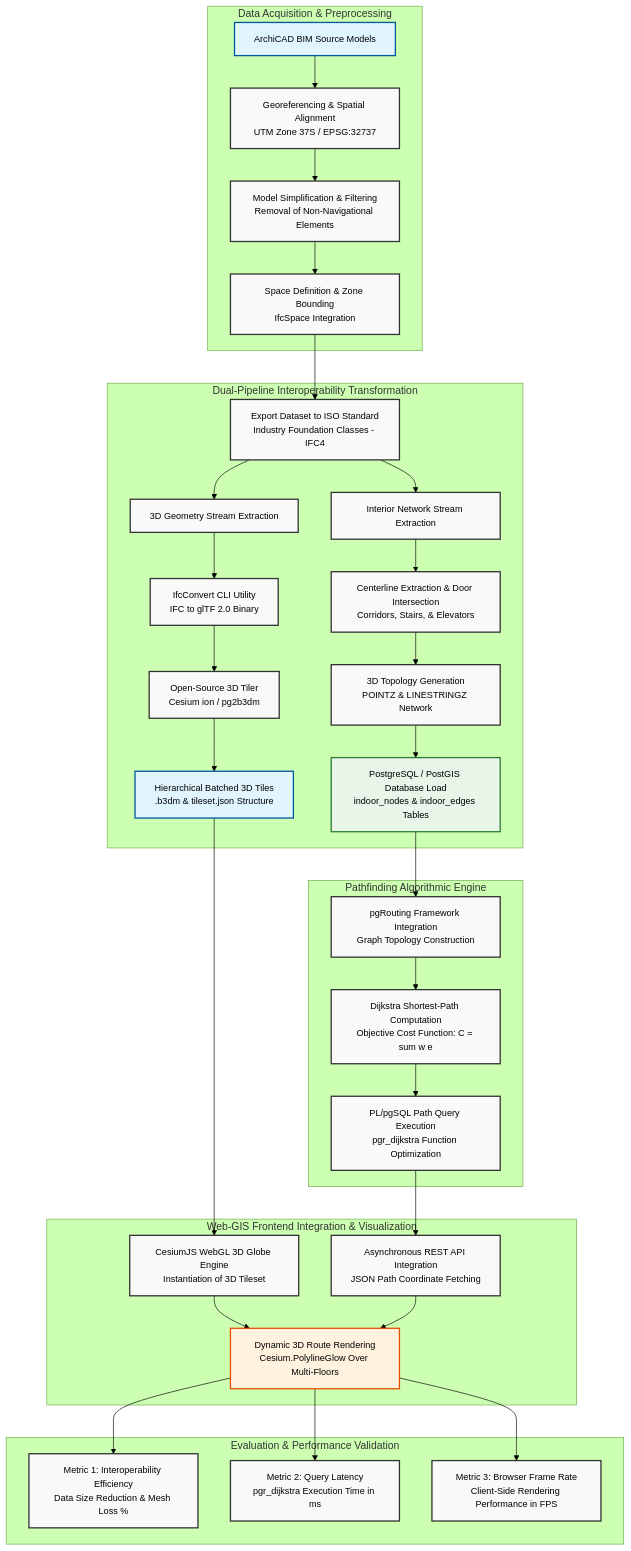
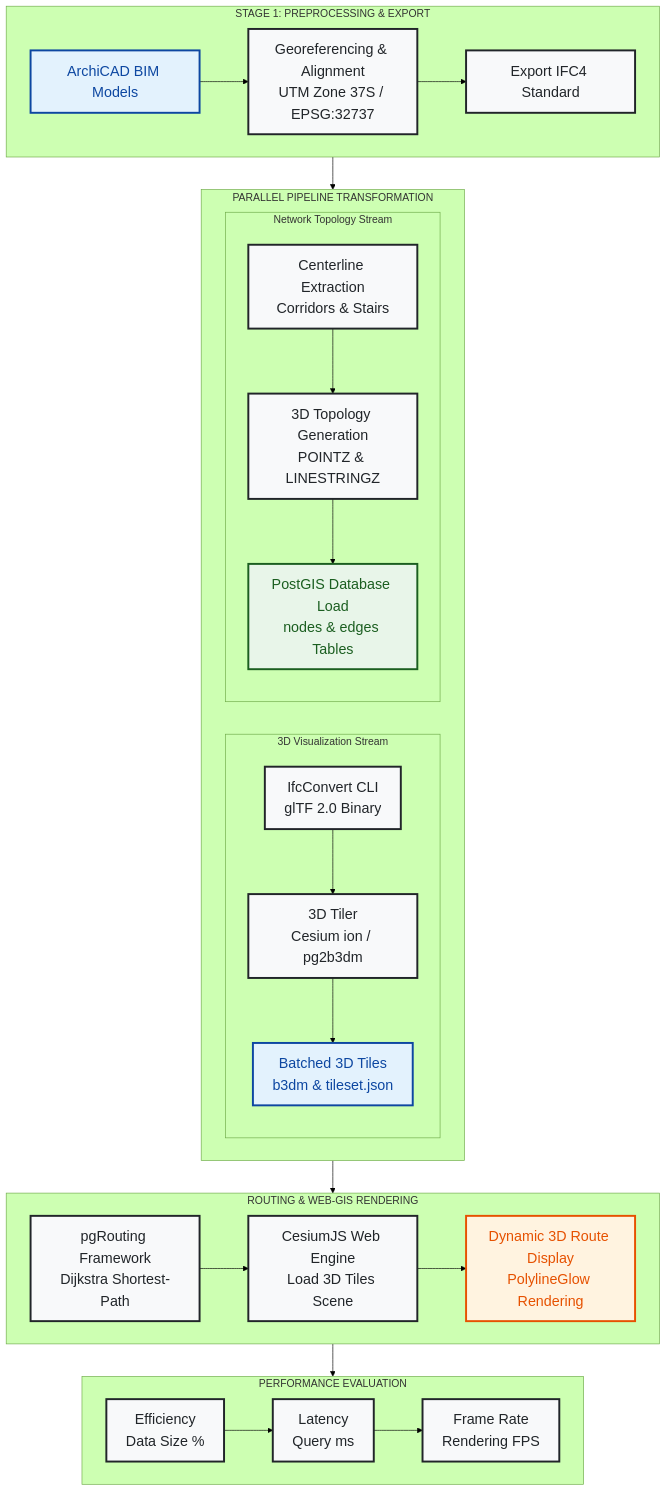
Before and after one commit to Daniell22-dot/Dijkstra-s-Algorithm: the diagram in flowchart.mermaid, drawn with Mermaid (forest theme). The commit also changed 1 other file, not shown here.

```diff
--- a/flowchart.mermaid
+++ b/flowchart.mermaid
@@ -1,46 +1,46 @@
 graph TD
-    classDef process fill:#f9f9f9,stroke:#333,stroke-width:2px,font-family:Arial,font-size:14px;
-    classDef data fill:#e1f5fe,stroke:#01579b,stroke-width:2px,font-family:Arial,font-size:14px;
-    classDef db fill:#e8f5e9,stroke:#2e7d32,stroke-width:2px,font-family:Arial,font-size:14px;
-    classDef output fill:#fff3e0,stroke:#e65100,stroke-width:2px,font-family:Arial,font-size:14px;
-
-    subgraph PHASE_1 [Data Acquisition & Preprocessing]
-        A1[ArchiCAD BIM Source Models]:::data --> A2[Georeferencing & Spatial Alignment<br/>UTM Zone 37S / EPSG:32737]:::process
-        A2 --> A3[Model Simplification & Filtering<br/>Removal of Non-Navigational Elements]:::process
-        A3 --> A4[Space Definition & Zone Bounding<br/>IfcSpace Integration]:::process
+    %% Configured for a balanced, compact grid (square footprint) with large bold text and heavy borders
+    classDef process fill:#f8f9fa,stroke:#212529,stroke-width:3px,font-family:Arial,font-size:22px,color:#212529;
+    classDef data fill:#e3f2fd,stroke:#0d47a1,stroke-width:3px,font-family:Arial,font-size:22px,color:#0d47a1;
+    classDef db fill:#e8f5e9,stroke:#1b5e20,stroke-width:3px,font-family:Arial,font-size:22px,color:#1b5e20;
+    classDef output fill:#fff3e0,stroke:#e65100,stroke-width:3px,font-family:Arial,font-size:22px,color:#e65100;
+    
+    subgraph ROW_1 ["STAGE 1: PREPROCESSING & EXPORT"]
+        direction LR
+        A1["ArchiCAD BIM Models"]:::data --> A2["Georeferencing & Alignment<br/>UTM Zone 37S / EPSG:32737"]:::process
+        A2 --> A3["Export IFC4 Standard"]:::process
     end
 
-    subgraph PHASE_2 [Dual-Pipeline Interoperability Transformation]
-        A4 --> B1[Export Dataset to ISO Standard<br/>Industry Foundation Classes - IFC4]:::process
+    ROW_1 --> ROW_2
+
+    subgraph ROW_2 ["PARALLEL PIPELINE TRANSFORMATION"]
+        direction LR
         
-        %% Stream 1: Visualization Pipeline
-        B1 --> C1[3D Geometry Stream Extraction]:::process
-        C1 --> C2[IfcConvert CLI Utility<br/>IFC to glTF 2.0 Binary]:::process
-        C2 --> C3[Open-Source 3D Tiler<br/>Cesium ion / pg2b3dm]:::process
-        C3 --> C4[Hierarchical Batched 3D Tiles<br/>.b3dm & tileset.json Structure]:::data
+        subgraph STREAM_A ["3D Visualization Stream"]
+            direction TB
+            B1["IfcConvert CLI<br/>glTF 2.0 Binary"]:::process --> B2["3D Tiler<br/>Cesium ion / pg2b3dm"]:::process
+            B2 --> B3["Batched 3D Tiles<br/>b3dm & tileset.json"]:::data
+        end
 
-        %% Stream 2: Network Topology Pipeline
-        B1 --> D1[Interior Network Stream Extraction]:::process
-        D1 --> D2[Centerline Extraction & Door Intersection<br/>Corridors, Stairs, & Elevators]:::process
-        D2 --> D3[3D Topology Generation<br/>POINTZ & LINESTRINGZ Network]:::process
-        D3 --> D4[PostgreSQL / PostGIS Database Load<br/>indoor_nodes & indoor_edges Tables]:::db
+        subgraph STREAM_B ["Network Topology Stream"]
+            direction TB
+            C1["Centerline Extraction<br/>Corridors & Stairs"]:::process --> C2["3D Topology Generation<br/>POINTZ & LINESTRINGZ"]:::process
+            C2 --> C3["PostGIS Database Load<br/>nodes & edges Tables"]:::db
+        end
     end
 
-    subgraph PHASE_3 [Pathfinding Algorithmic Engine]
-        D4 --> E1[pgRouting Framework Integration<br/>Graph Topology Construction]:::process
-        E1 --> E2[Dijkstra Shortest-Path Computation<br/>Objective Cost Function: C = sum w e]:::process
-        E2 --> E3[PL/pgSQL Path Query Execution<br/>pgr_dijkstra Function Optimization]:::process
+    ROW_2 --> ROW_3
+
+    subgraph ROW_3 ["ROUTING & WEB-GIS RENDERING"]
+        direction LR
+        D1["pgRouting Framework<br/>Dijkstra Shortest-Path"]:::process --> D2["CesiumJS Web Engine<br/>Load 3D Tiles Scene"]:::process
+        D2 --> D3["Dynamic 3D Route Display<br/>PolylineGlow Rendering"]:::output
     end
 
-    subgraph PHASE_4 [Web-GIS Frontend Integration & Visualization]
-        C4 --> F1[CesiumJS WebGL 3D Globe Engine<br/>Instantiation of 3D Tileset]:::process
-        E3 --> F2[Asynchronous REST API Integration<br/>JSON Path Coordinate Fetching]:::process
-        F1 --> F3[Dynamic 3D Route Rendering<br/>Cesium.PolylineGlow Over Multi-Floors]:::output
-        F2 --> F3
+    ROW_3 --> ROW_4
+
+    subgraph ROW_4 ["PERFORMANCE EVALUATION"]
+        direction LR
+        E1["Efficiency<br/>Data Size %"]:::process --> E2["Latency<br/>Query ms"]:::process
+        E2 --> E3["Frame Rate<br/>Rendering FPS"]:::process
     end
-
-    subgraph PHASE_5 [Evaluation & Performance Validation]
-        F3 --> G1[Metric 1: Interoperability Efficiency<br/>Data Size Reduction & Mesh Loss %]:::process
-        F3 --> G2[Metric 2: Query Latency<br/>pgr_dijkstra Execution Time in ms]:::process
-        F3 --> G3[Metric 3: Browser Frame Rate<br/>Client-Side Rendering Performance in FPS]:::process
-    end
```
